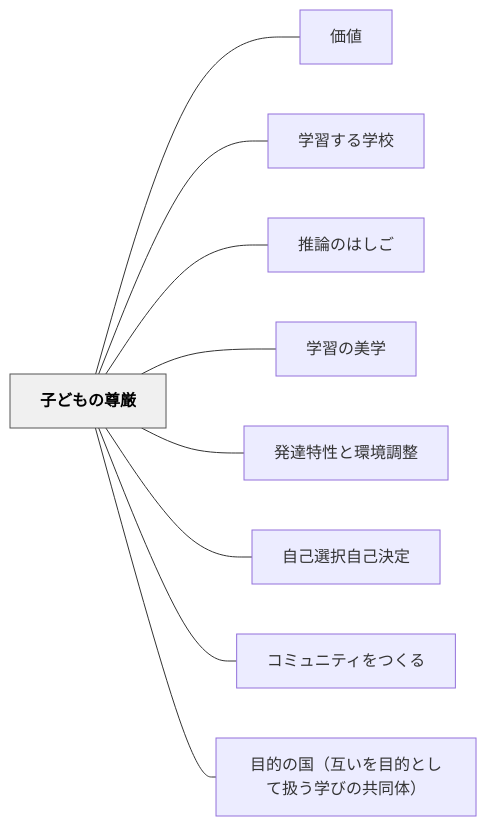
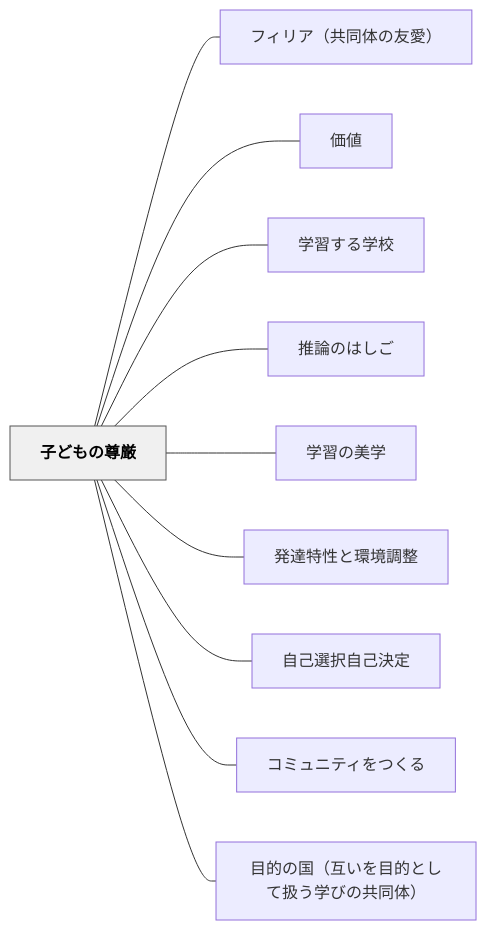
The diagram in content/パタン/子どもの尊厳.md (unknownthings-ed-patterns/unknownthings-ed-patterns), drawn with Mermaid before and after one commit. The commit also changed other lines of this file and 19 other files, not shown here.

````diff
--- a/content/パタン/子どもの尊厳.md
+++ b/content/パタン/子どもの尊厳.md
@@ -134,24 +135,26 @@
 ```mermaid
 flowchart LR
     ne5ad90e381a9e38282e381aee5b08ae58eb3["子どもの尊厳"]
+    ne38395e382a3e383aae382a2efbc88e585b1e5908ce4bd93e381aee58f8be6849befbc89["フィリア（共同体の友愛）"]
     ne4bea1e580a4["価値"]
     ne5ada6e7bf92e38199e3828be5ada6e6a0a1["学習する学校"]
     ne68ea8e8ab96e381aee381afe38197e38194["推論のはしご"]
     ne5ada6e7bf92e381aee7be8ee5ada6["学習の美学"]
     ne799bae98194e789b9e680a7e381a8e792b0e5a283e8aabfe695b4["発達特性と環境調整"]
     ne887aae5b7b1e981b8e68a9ee887aae5b7b1e6b1bae5ae9a["自己選択自己決定"]
     ne382b3e3839fe383a5e3838be38386e382a3e38292e381a4e3818fe3828b["コミュニティをつくる"]
     ne79baee79a84e381aee59bbdefbc88e4ba92e38184e38292e79baee79a84e381a8e38197e381a6e689b1e38186e5ada6e381b3e381aee585b1e5908ce4bd93efbc89["目的の国（互いを目的として扱う学びの共同体）"]
 
+    ne5ad90e381a9e38282e381aee5b08ae58eb3 --- ne38395e382a3e383aae382a2efbc88e585b1e5908ce4bd93e381aee58f8be6849befbc89
     ne5ad90e381a9e38282e381aee5b08ae58eb3 --- ne4bea1e580a4
     ne5ad90e381a9e38282e381aee5b08ae58eb3 --- ne5ada6e7bf92e38199e3828be5ada6e6a0a1
     ne5ad90e381a9e38282e381aee5b08ae58eb3 --- ne68ea8e8ab96e381aee381afe38197e38194
     ne5ad90e381a9e38282e381aee5b08ae58eb3 --- ne5ada6e7bf92e381aee7be8ee5ada6
     ne5ad90e381a9e38282e381aee5b08ae58eb3 --- ne799bae98194e789b9e680a7e381a8e792b0e5a283e8aabfe695b4
     ne5ad90e381a9e38282e381aee5b08ae58eb3 --- ne887aae5b7b1e981b8e68a9ee887aae5b7b1e6b1bae5ae9a
     ne5ad90e381a9e38282e381aee5b08ae58eb3 --- ne382b3e3839fe383a5e3838be38386e382a3e38292e381a4e3818fe3828b
     ne5ad90e381a9e38282e381aee5b08ae58eb3 --- ne79baee79a84e381aee59bbdefbc88e4ba92e38184e38292e79baee79a84e381a8e38197e381a6e689b1e38186e5ada6e381b3e381aee585b1e5908ce4bd93efbc89
 
     classDef hub fill:#f0f0f0,stroke:#555,color:#000,font-weight:bold
     class ne5ad90e381a9e38282e381aee5b08ae58eb3 hub
 ```
````
